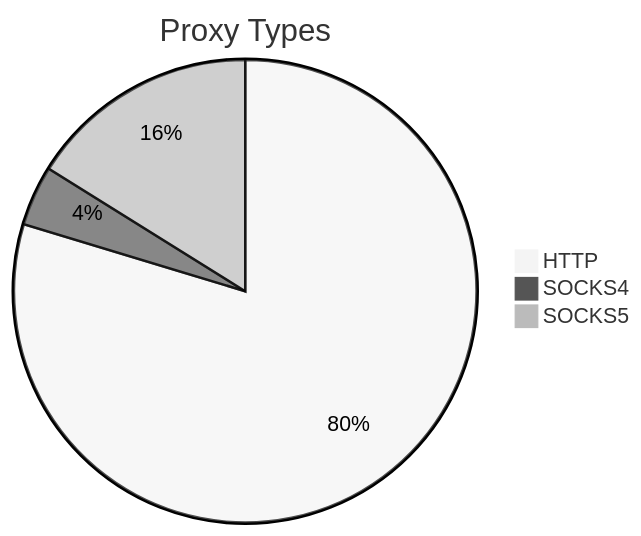
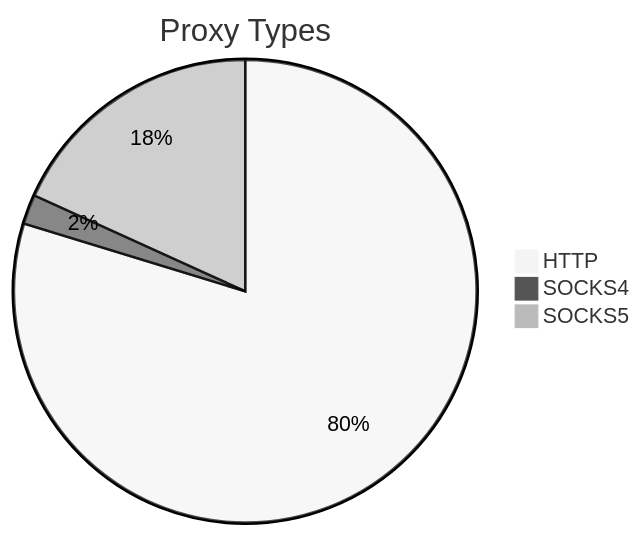
Before and after one commit to stormsia/proxy-list: the first of 2 diagrams in README.md, drawn with Mermaid (neutral theme). The commit also changed other lines of this file, not shown here.

````diff
--- a/README.md
+++ b/README.md
@@ -21,6 +21,6 @@
 ```mermaid
 pie title Proxy Types
-    "HTTP" : 247
-    "SOCKS4" : 13
-    "SOCKS5" : 50
+    "HTTP" : 232
+    "SOCKS4" : 6
+    "SOCKS5" : 53
 ```
````
